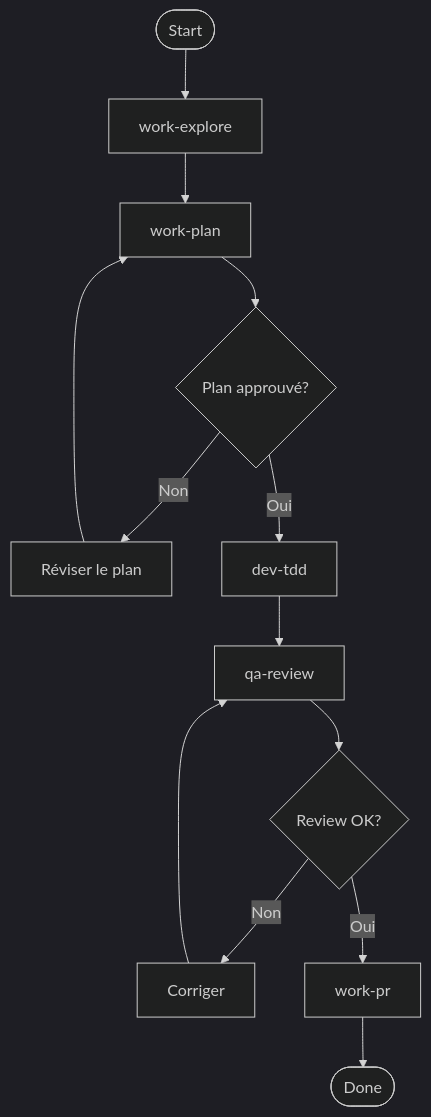
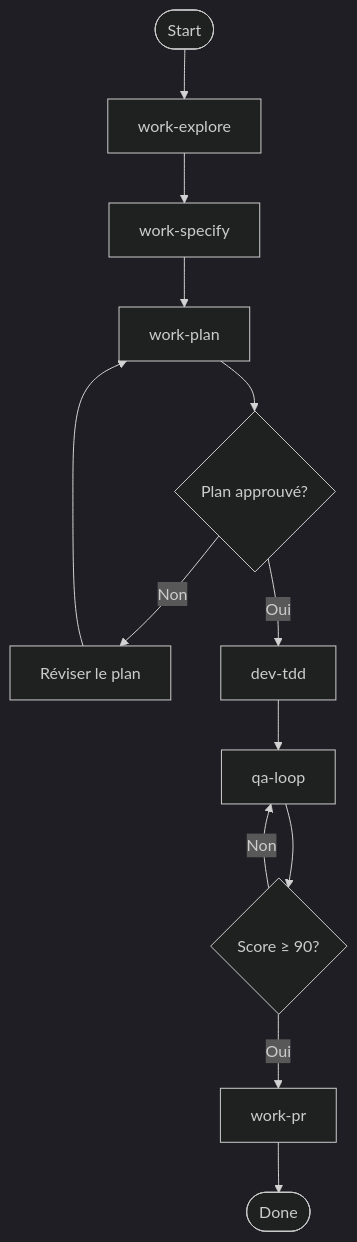
One commit to christopherlouet/claude-base changed the second of 8 diagrams in docs/WORKFLOWS.md. Above: the diagram before and after it, drawn with Mermaid (dark theme). The commit also changed other lines of this file and 8 other files, not shown here.

````diff
--- a/docs/WORKFLOWS.md
+++ b/docs/WORKFLOWS.md
@@ -92,15 +94,15 @@
 ```mermaid
 flowchart TD
     START([Start]) --> EXPLORE[work-explore]
-    EXPLORE --> PLAN[work-plan]
+    EXPLORE --> SPECIFY[work-specify]
+    SPECIFY --> PLAN[work-plan]
     PLAN --> APPROVED{Plan approuvé?}
     APPROVED -->|Non| REVISE[Réviser le plan]
     REVISE --> PLAN
     APPROVED -->|Oui| CODE[dev-tdd]
-    CODE --> REVIEW[qa-review]
-    REVIEW --> REVIEWOK{Review OK?}
-    REVIEWOK -->|Non| FIX[Corriger]
-    FIX --> REVIEW
-    REVIEWOK -->|Oui| PR[work-pr]
+    CODE --> AUDIT[qa-loop]
+    AUDIT --> SCORE{Score ≥ 90?}
+    SCORE -->|Non| AUDIT
+    SCORE -->|Oui| PR[work-pr]
     PR --> DONE([Done])
 ```
````
